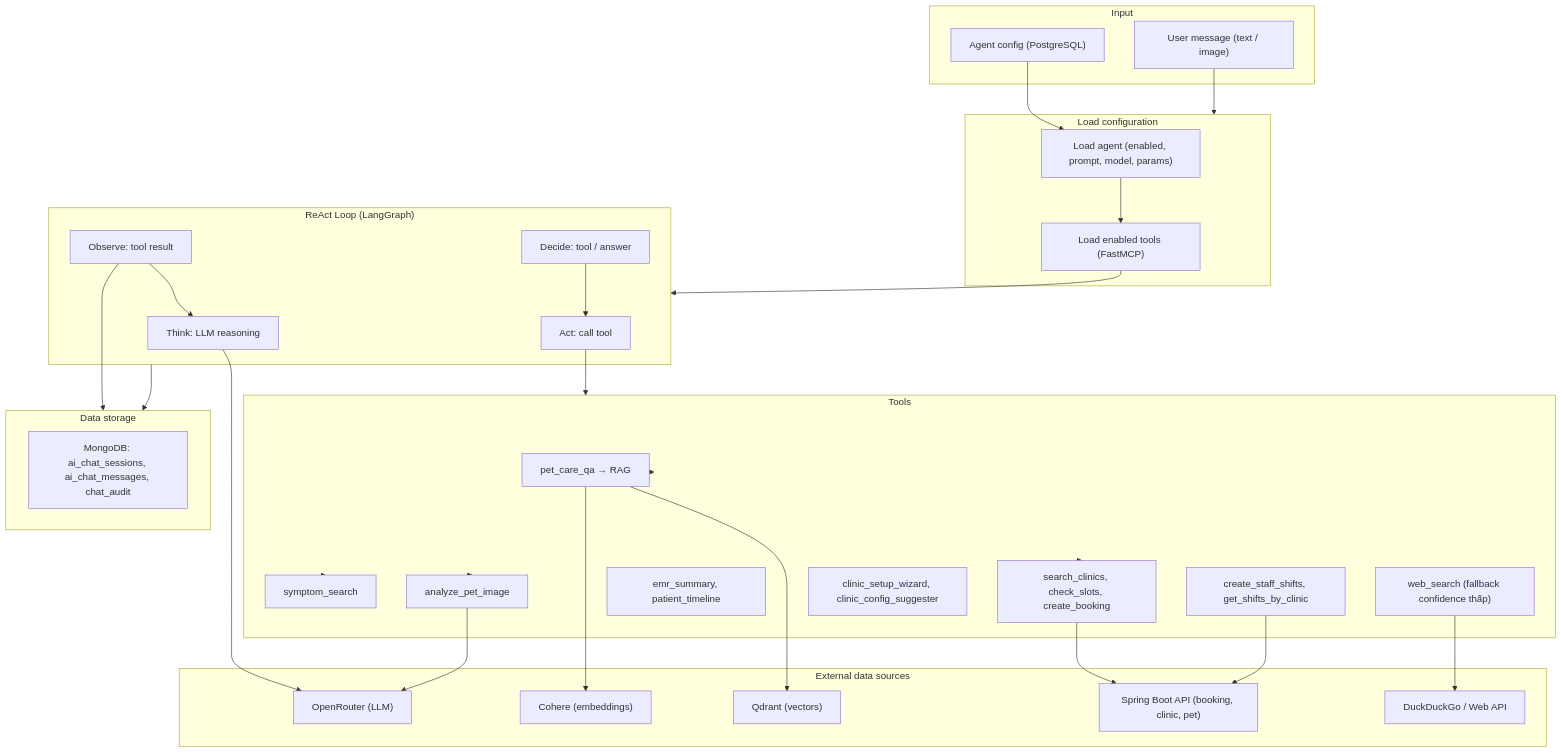
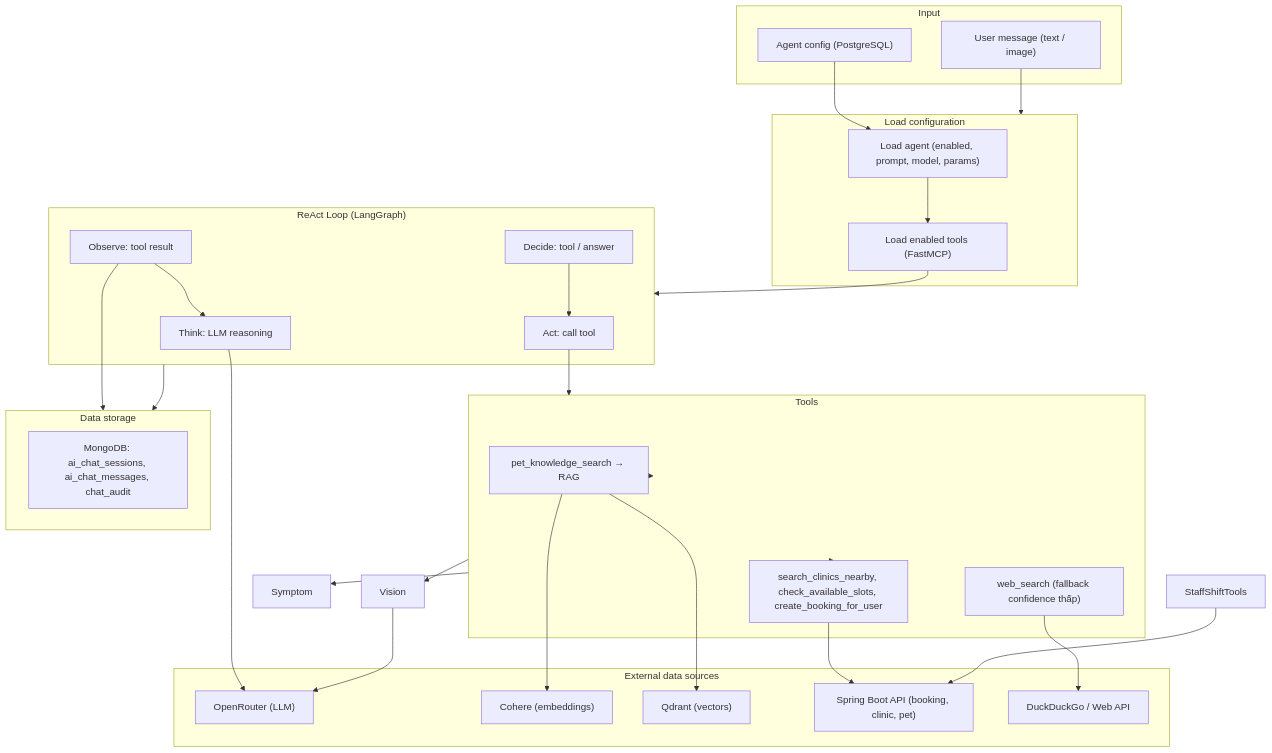
The first of 11 diagrams in docs-references/documentation/AI_SERVICE_TECHNICAL_SPECIFICATION.md (espresso23/Petties-Veterinary-Appointment-Booking-Platform), drawn with Mermaid before and after one commit. The commit also changed other lines of this file and 108 other files, not shown here.

First line of the commit message:
feat(ai): add business chat booking flow and sync platform docs

````diff
--- a/docs-references/documentation/AI_SERVICE_TECHNICAL_SPECIFICATION.md
+++ b/docs-references/documentation/AI_SERVICE_TECHNICAL_SPECIFICATION.md
@@ -115,64 +115,59 @@
 ```mermaid
 flowchart TB
     subgraph Input["Input"]
         UserMessage["User message (text / image)"]
         AgentConfig["Agent config (PostgreSQL)"]
     end
 
     subgraph LoadConfig["Load configuration"]
         LoadAgent["Load agent (enabled, prompt, model, params)"]
         LoadTools["Load enabled tools (FastMCP)"]
     end
 
     subgraph ReActLoop["ReAct Loop (LangGraph)"]
         Think["Think: LLM reasoning"]
         Decide["Decide: tool / answer"]
         Act["Act: call tool"]
         Observe["Observe: tool result"]
     end
 
     subgraph Tools["Tools"]
-        RAG["pet_care_qa → RAG"]
-        Symptom["symptom_search"]
-        Clinic["search_clinics, check_slots, create_booking"]
-        Vision["analyze_pet_image"]
-        EmrTools["emr_summary, patient_timeline"]
-        StaffShiftTools["create_staff_shifts, get_shifts_by_clinic"]
-        ClinicSetup["clinic_setup_wizard, clinic_config_suggester"]
+        RAG["pet_knowledge_search → RAG"]
+        Clinic["search_clinics_nearby, check_available_slots, create_booking_for_user"]
         WebSearch["web_search (fallback confidence thấp)"]
     end
 
     subgraph External["External data sources"]
         OpenRouter["OpenRouter (LLM)"]
         Cohere["Cohere (embeddings)"]
         Qdrant["Qdrant (vectors)"]
         SpringBoot["Spring Boot API (booking, clinic, pet)"]
         DuckDuckGo["DuckDuckGo / Web API"]
     end
 
     subgraph Storage["Data storage"]
         MongoChat["MongoDB: ai_chat_sessions, ai_chat_messages, chat_audit"]
     end
 
     UserMessage --> LoadConfig
     AgentConfig --> LoadAgent
     LoadAgent --> LoadTools
     LoadTools --> ReActLoop
 
     Think --> OpenRouter
     Decide --> Act
     Act --> Tools
     Tools --> RAG
     Tools --> Symptom
     Tools --> Clinic
     Tools --> Vision
     RAG --> Cohere
     RAG --> Qdrant
     Clinic --> SpringBoot
     StaffShiftTools --> SpringBoot
     Vision --> OpenRouter
     WebSearch --> DuckDuckGo
     Observe --> Think
     Observe --> Storage
     ReActLoop --> Storage
 ```
````
